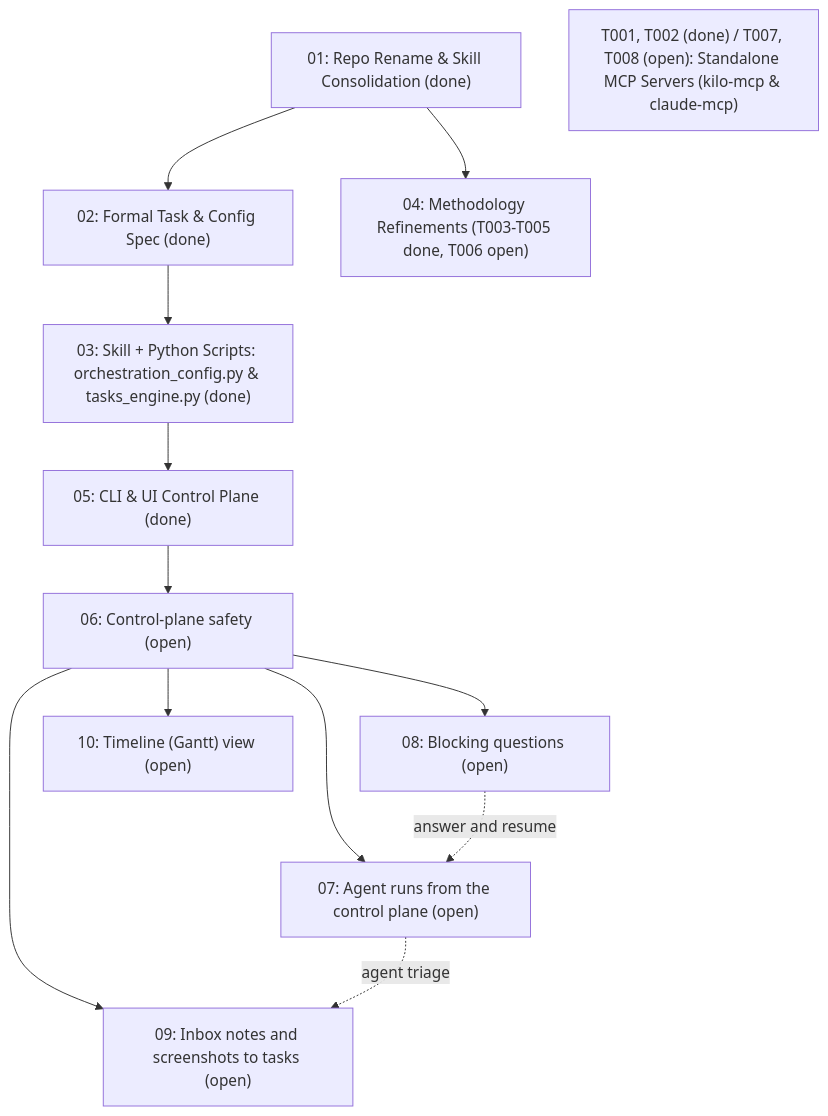
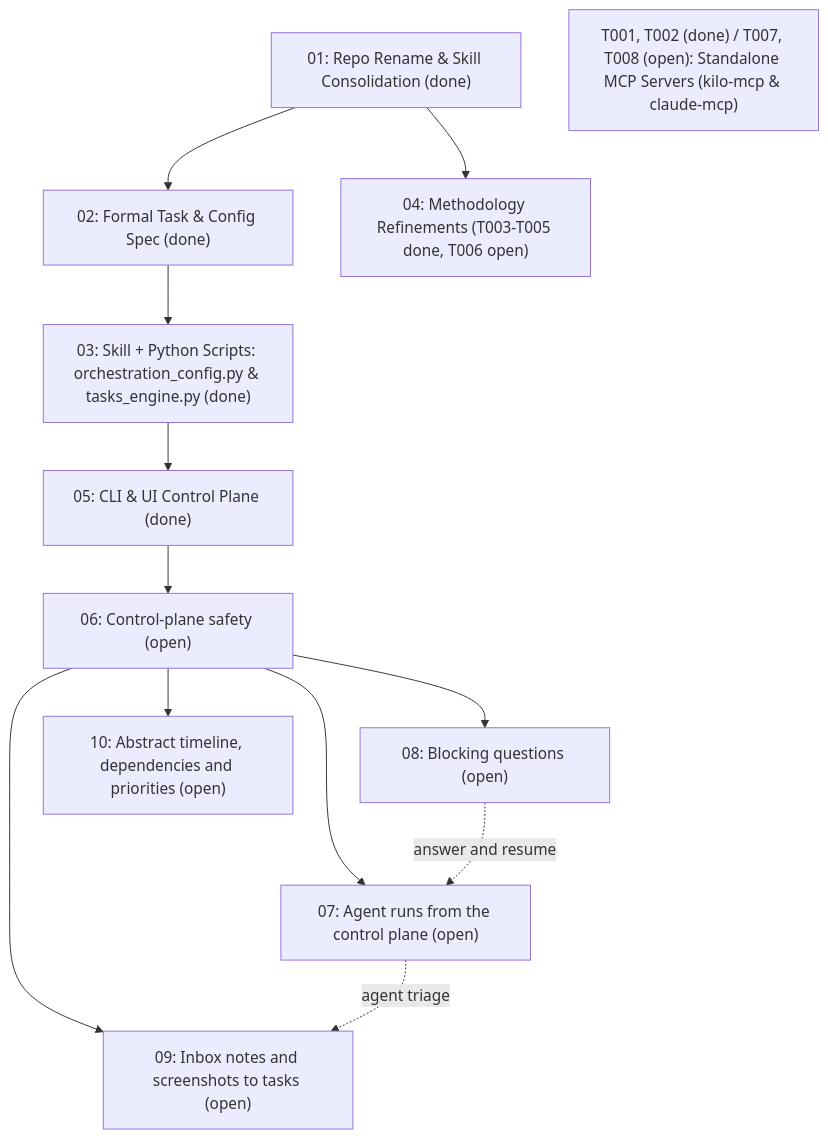
One commit to primax79/ai-orchestration changed the diagram in tasks/00-INDEX.md. Above: the diagram before and after it, drawn with Mermaid. The commit also changed other lines of this file and 4 other files, not shown here.

First line of the commit message:
docs(tasks): initiative 10 is an abstract timeline (dependencies + priorities, no dates); update lane order

````diff
--- a/tasks/00-INDEX.md
+++ b/tasks/00-INDEX.md
@@ -91,23 +91,23 @@
 ```mermaid
 flowchart TB
     I01["01: Repo Rename & Skill Consolidation (done)"]
     I02["02: Formal Task & Config Spec (done)"]
     I03["03: Skill + Python Scripts: orchestration_config.py & tasks_engine.py (done)"]
     I04["04: Methodology Refinements (T003-T005 done, T006 open)"]
     I05["05: CLI & UI Control Plane (done)"]
     I06["06: Control-plane safety (open)"]
     I07["07: Agent runs from the control plane (open)"]
     I08["08: Blocking questions (open)"]
     I09["09: Inbox notes and screenshots to tasks (open)"]
-    I10["10: Timeline (Gantt) view (open)"]
+    I10["10: Abstract timeline, dependencies and priorities (open)"]
     MCP["T001, T002 (done) / T007, T008 (open): Standalone MCP Servers (kilo-mcp & claude-mcp)"]
 
     I01 --> I02 --> I03 --> I05 --> I06
     I06 --> I07
     I06 --> I08
     I06 --> I09
     I06 --> I10
     I07 -.->|agent triage| I09
     I08 -.->|answer and resume| I07
     I01 --> I04
 ```
````
